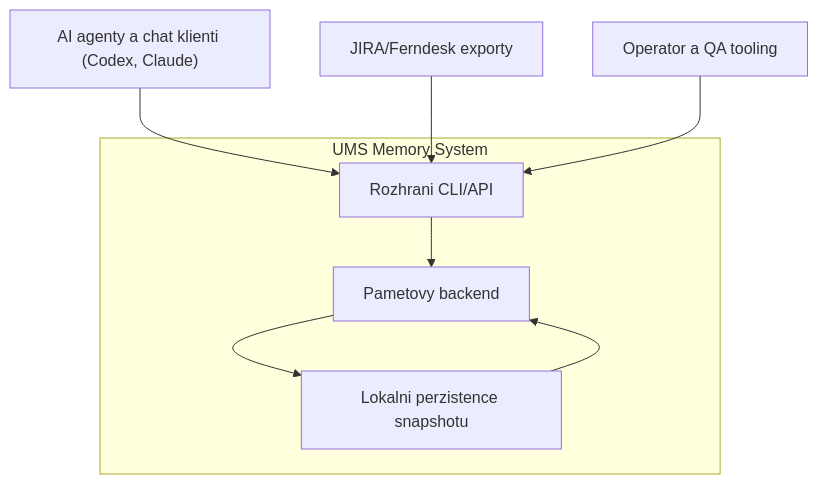
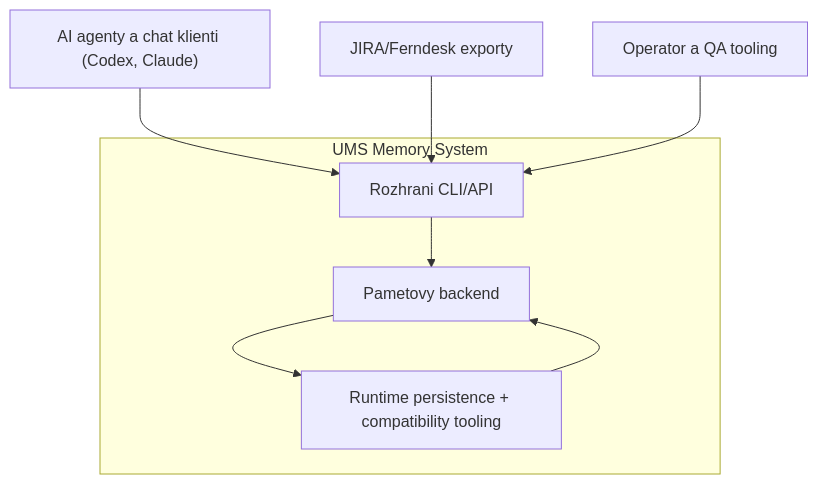
One commit to BleedingDev/ums-memory changed the first of 4 diagrams in docs/system-diagram.md. Above: the diagram before and after it, drawn with Mermaid. The commit also changed other lines of this file and 214 other files, not shown here.

````diff
--- a/docs/system-diagram.md
+++ b/docs/system-diagram.md
@@ -7,19 +7,19 @@
 ```mermaid
 flowchart TB
   A1["AI agenty a chat klienti (Codex, Claude)"]
   A2["JIRA/Ferndesk exporty"]
   A3["Operator a QA tooling"]
 
   subgraph UMS["UMS Memory System"]
     B1["Rozhrani CLI/API"]
     B2["Pametovy backend"]
-    B3["Lokalni perzistence snapshotu"]
+    B3["Runtime persistence + compatibility tooling"]
   end
 
   A1 --> B1
   A2 --> B1
   A3 --> B1
   B1 --> B2
   B2 --> B3
   B3 --> B2
 ```
````
